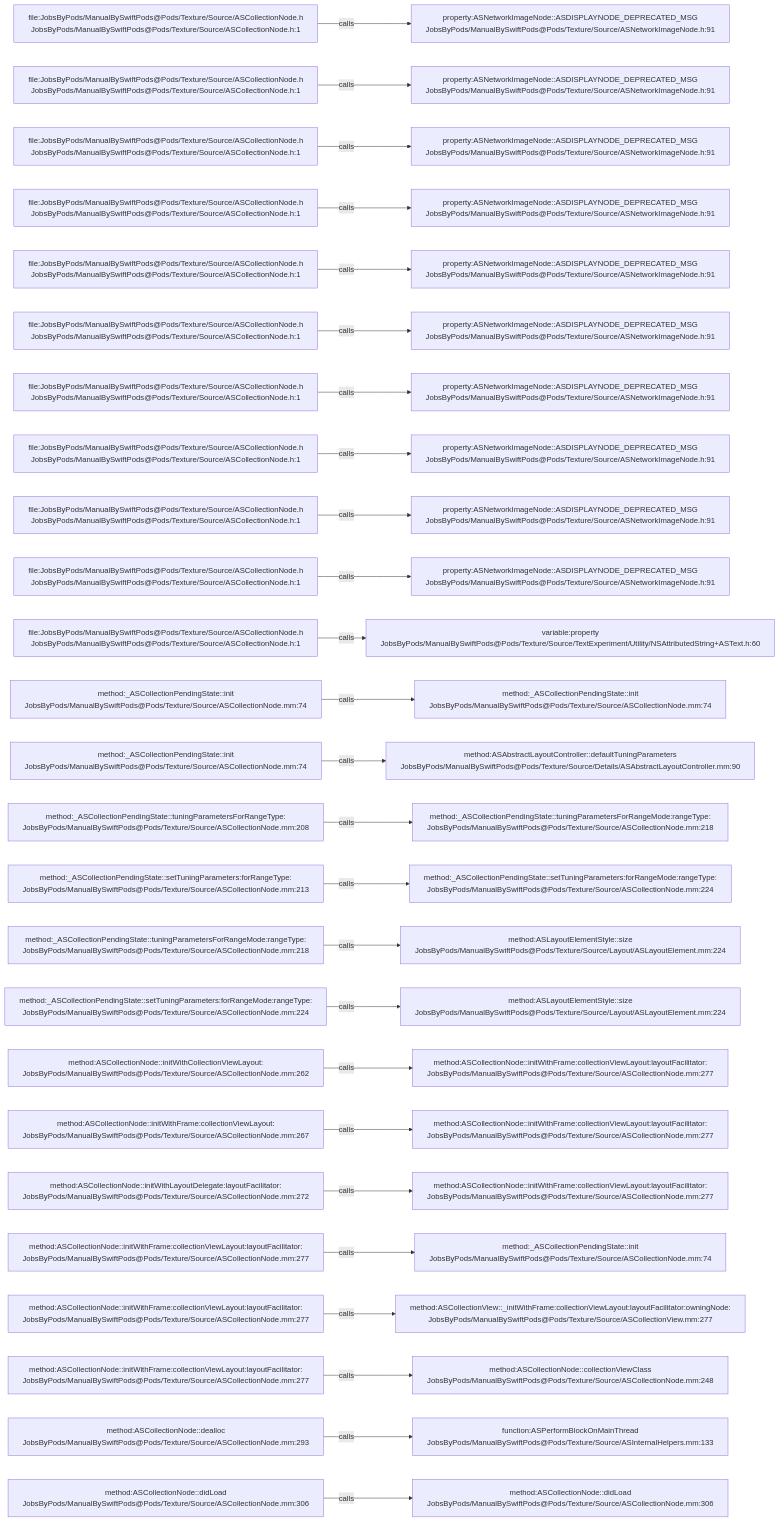
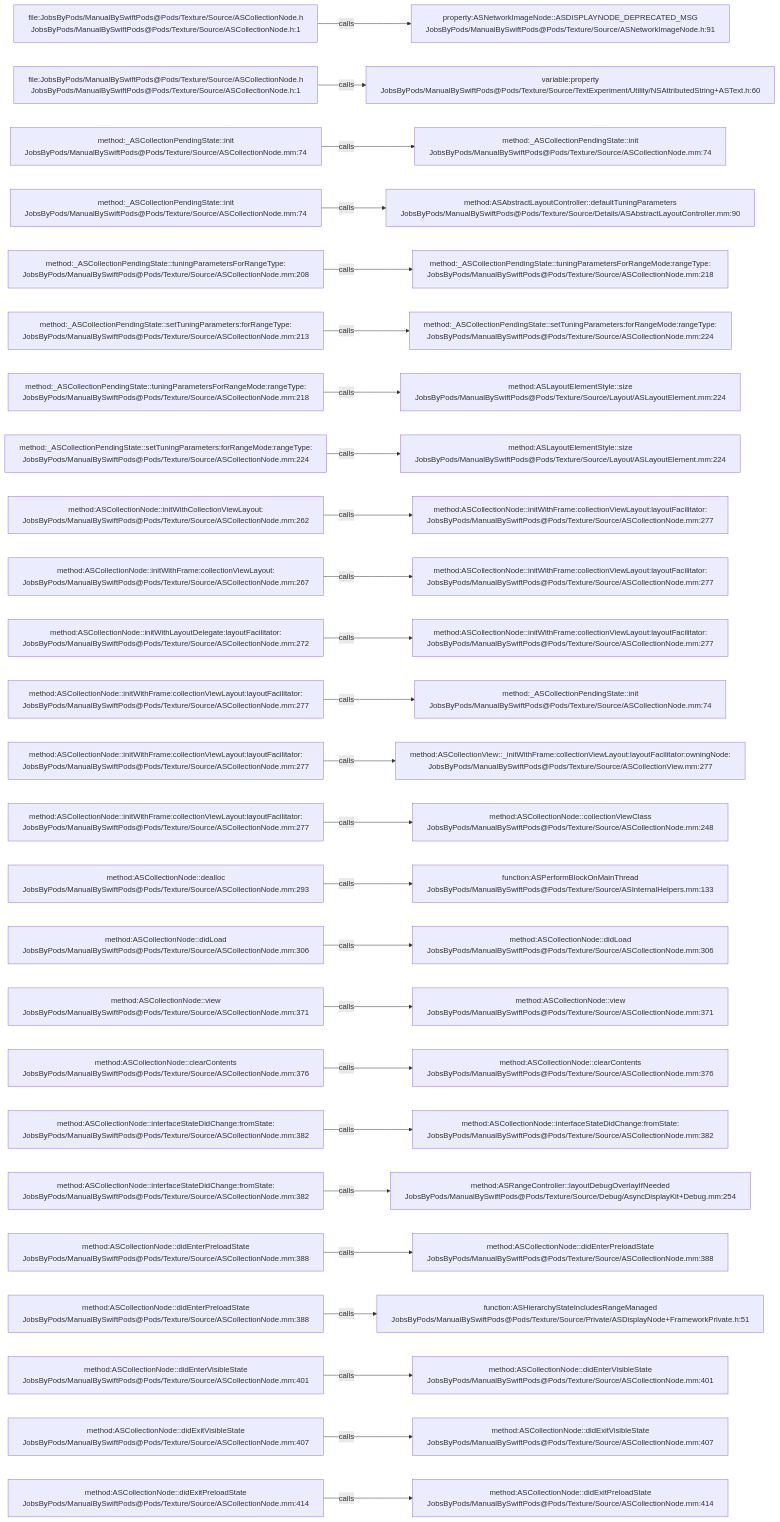
The diagram in .codegraph/codegraph.md/graphs/calls-007.md (JobsKits/JobsSwiftBaseConfigDemo), drawn with Mermaid before and after one commit. The commit also changed 707 other files, not shown here.

````diff
--- a/.codegraph/codegraph.md/graphs/calls-007.md
+++ b/.codegraph/codegraph.md/graphs/calls-007.md
@@ -13,78 +13,78 @@
 ```mermaid
 flowchart LR
   S1["file:JobsByPods/ManualBySwiftPods@Pods/Texture/Source/ASCollectionNode.h<br/>JobsByPods/ManualBySwiftPods@Pods/Texture/Source/ASCollectionNode.h:1"]
   T1["property:ASNetworkImageNode::ASDISPLAYNODE_DEPRECATED_MSG<br/>JobsByPods/ManualBySwiftPods@Pods/Texture/Source/ASNetworkImageNode.h:91"]
   S1 -->|calls| T1
   S2["file:JobsByPods/ManualBySwiftPods@Pods/Texture/Source/ASCollectionNode.h<br/>JobsByPods/ManualBySwiftPods@Pods/Texture/Source/ASCollectionNode.h:1"]
-  T2["property:ASNetworkImageNode::ASDISPLAYNODE_DEPRECATED_MSG<br/>JobsByPods/ManualBySwiftPods@Pods/Texture/Source/ASNetworkImageNode.h:91"]
+  T2["variable:property<br/>JobsByPods/ManualBySwiftPods@Pods/Texture/Source/TextExperiment/Utility/NSAttributedString+ASText.h:60"]
   S2 -->|calls| T2
-  S3["file:JobsByPods/ManualBySwiftPods@Pods/Texture/Source/ASCollectionNode.h<br/>JobsByPods/ManualBySwiftPods@Pods/Texture/Source/ASCollectionNode.h:1"]
-  T3["property:ASNetworkImageNode::ASDISPLAYNODE_DEPRECATED_MSG<br/>JobsByPods/ManualBySwiftPods@Pods/Texture/Source/ASNetworkImageNode.h:91"]
+  S3["method:_ASCollectionPendingState::init<br/>JobsByPods/ManualBySwiftPods@Pods/Texture/Source/ASCollectionNode.mm:74"]
+  T3["method:_ASCollectionPendingState::init<br/>JobsByPods/ManualBySwiftPods@Pods/Texture/Source/ASCollectionNode.mm:74"]
   S3 -->|calls| T3
-  S4["file:JobsByPods/ManualBySwiftPods@Pods/Texture/Source/ASCollectionNode.h<br/>JobsByPods/ManualBySwiftPods@Pods/Texture/Source/ASCollectionNode.h:1"]
-  T4["property:ASNetworkImageNode::ASDISPLAYNODE_DEPRECATED_MSG<br/>JobsByPods/ManualBySwiftPods@Pods/Texture/Source/ASNetworkImageNode.h:91"]
+  S4["method:_ASCollectionPendingState::init<br/>JobsByPods/ManualBySwiftPods@Pods/Texture/Source/ASCollectionNode.mm:74"]
+  T4["method:ASAbstractLayoutController::defaultTuningParameters<br/>JobsByPods/ManualBySwiftPods@Pods/Texture/Source/Details/ASAbstractLayoutController.mm:90"]
   S4 -->|calls| T4
-  S5["file:JobsByPods/ManualBySwiftPods@Pods/Texture/Source/ASCollectionNode.h<br/>JobsByPods/ManualBySwiftPods@Pods/Texture/Source/ASCollectionNode.h:1"]
-  T5["property:ASNetworkImageNode::ASDISPLAYNODE_DEPRECATED_MSG<br/>JobsByPods/ManualBySwiftPods@Pods/Texture/Source/ASNetworkImageNode.h:91"]
+  S5["method:_ASCollectionPendingState::tuningParametersForRangeType:<br/>JobsByPods/ManualBySwiftPods@Pods/Texture/Source/ASCollectionNode.mm:208"]
+  T5["method:_ASCollectionPendingState::tuningParametersForRangeMode:rangeType:<br/>JobsByPods/ManualBySwiftPods@Pods/Texture/Source/ASCollectionNode.mm:218"]
   S5 -->|calls| T5
-  S6["file:JobsByPods/ManualBySwiftPods@Pods/Texture/Source/ASCollectionNode.h<br/>JobsByPods/ManualBySwiftPods@Pods/Texture/Source/ASCollectionNode.h:1"]
-  T6["property:ASNetworkImageNode::ASDISPLAYNODE_DEPRECATED_MSG<br/>JobsByPods/ManualBySwiftPods@Pods/Texture/Source/ASNetworkImageNode.h:91"]
+  S6["method:_ASCollectionPendingState::setTuningParameters:forRangeType:<br/>JobsByPods/ManualBySwiftPods@Pods/Texture/Source/ASCollectionNode.mm:213"]
+  T6["method:_ASCollectionPendingState::setTuningParameters:forRangeMode:rangeType:<br/>JobsByPods/ManualBySwiftPods@Pods/Texture/Source/ASCollectionNode.mm:224"]
   S6 -->|calls| T6
-  S7["file:JobsByPods/ManualBySwiftPods@Pods/Texture/Source/ASCollectionNode.h<br/>JobsByPods/ManualBySwiftPods@Pods/Texture/Source/ASCollectionNode.h:1"]
-  T7["property:ASNetworkImageNode::ASDISPLAYNODE_DEPRECATED_MSG<br/>JobsByPods/ManualBySwiftPods@Pods/Texture/Source/ASNetworkImageNode.h:91"]
+  S7["method:_ASCollectionPendingState::tuningParametersForRangeMode:rangeType:<br/>JobsByPods/ManualBySwiftPods@Pods/Texture/Source/ASCollectionNode.mm:218"]
+  T7["method:ASLayoutElementStyle::size<br/>JobsByPods/ManualBySwiftPods@Pods/Texture/Source/Layout/ASLayoutElement.mm:224"]
   S7 -->|calls| T7
-  S8["file:JobsByPods/ManualBySwiftPods@Pods/Texture/Source/ASCollectionNode.h<br/>JobsByPods/ManualBySwiftPods@Pods/Texture/Source/ASCollectionNode.h:1"]
-  T8["property:ASNetworkImageNode::ASDISPLAYNODE_DEPRECATED_MSG<br/>JobsByPods/ManualBySwiftPods@Pods/Texture/Source/ASNetworkImageNode.h:91"]
+  S8["method:_ASCollectionPendingState::setTuningParameters:forRangeMode:rangeType:<br/>JobsByPods/ManualBySwiftPods@Pods/Texture/Source/ASCollectionNode.mm:224"]
+  T8["method:ASLayoutElementStyle::size<br/>JobsByPods/ManualBySwiftPods@Pods/Texture/Source/Layout/ASLayoutElement.mm:224"]
   S8 -->|calls| T8
-  S9["file:JobsByPods/ManualBySwiftPods@Pods/Texture/Source/ASCollectionNode.h<br/>JobsByPods/ManualBySwiftPods@Pods/Texture/Source/ASCollectionNode.h:1"]
-  T9["property:ASNetworkImageNode::ASDISPLAYNODE_DEPRECATED_MSG<br/>JobsByPods/ManualBySwiftPods@Pods/Texture/Source/ASNetworkImageNode.h:91"]
+  S9["method:ASCollectionNode::initWithCollectionViewLayout:<br/>JobsByPods/ManualBySwiftPods@Pods/Texture/Source/ASCollectionNode.mm:262"]
+  T9["method:ASCollectionNode::initWithFrame:collectionViewLayout:layoutFacilitator:<br/>JobsByPods/ManualBySwiftPods@Pods/Texture/Source/ASCollectionNode.mm:277"]
   S9 -->|calls| T9
-  S10["file:JobsByPods/ManualBySwiftPods@Pods/Texture/Source/ASCollectionNode.h<br/>JobsByPods/ManualBySwiftPods@Pods/Texture/Source/ASCollectionNode.h:1"]
-  T10["property:ASNetworkImageNode::ASDISPLAYNODE_DEPRECATED_MSG<br/>JobsByPods/ManualBySwiftPods@Pods/Texture/Source/ASNetworkImageNode.h:91"]
+  S10["method:ASCollectionNode::initWithFrame:collectionViewLayout:<br/>JobsByPods/ManualBySwiftPods@Pods/Texture/Source/ASCollectionNode.mm:267"]
+  T10["method:ASCollectionNode::initWithFrame:collectionViewLayout:layoutFacilitator:<br/>JobsByPods/ManualBySwiftPods@Pods/Texture/Source/ASCollectionNode.mm:277"]
   S10 -->|calls| T10
-  S11["file:JobsByPods/ManualBySwiftPods@Pods/Texture/Source/ASCollectionNode.h<br/>JobsByPods/ManualBySwiftPods@Pods/Texture/Source/ASCollectionNode.h:1"]
-  T11["variable:property<br/>JobsByPods/ManualBySwiftPods@Pods/Texture/Source/TextExperiment/Utility/NSAttributedString+ASText.h:60"]
+  S11["method:ASCollectionNode::initWithLayoutDelegate:layoutFacilitator:<br/>JobsByPods/ManualBySwiftPods@Pods/Texture/Source/ASCollectionNode.mm:272"]
+  T11["method:ASCollectionNode::initWithFrame:collectionViewLayout:layoutFacilitator:<br/>JobsByPods/ManualBySwiftPods@Pods/Texture/Source/ASCollectionNode.mm:277"]
   S11 -->|calls| T11
-  S12["method:_ASCollectionPendingState::init<br/>JobsByPods/ManualBySwiftPods@Pods/Texture/Source/ASCollectionNode.mm:74"]
+  S12["method:ASCollectionNode::initWithFrame:collectionViewLayout:layoutFacilitator:<br/>JobsByPods/ManualBySwiftPods@Pods/Texture/Source/ASCollectionNode.mm:277"]
   T12["method:_ASCollectionPendingState::init<br/>JobsByPods/ManualBySwiftPods@Pods/Texture/Source/ASCollectionNode.mm:74"]
   S12 -->|calls| T12
-  S13["method:_ASCollectionPendingState::init<br/>JobsByPods/ManualBySwiftPods@Pods/Texture/Source/ASCollectionNode.mm:74"]
-  T13["method:ASAbstractLayoutController::defaultTuningParameters<br/>JobsByPods/ManualBySwiftPods@Pods/Texture/Source/Details/ASAbstractLayoutController.mm:90"]
+  S13["method:ASCollectionNode::initWithFrame:collectionViewLayout:layoutFacilitator:<br/>JobsByPods/ManualBySwiftPods@Pods/Texture/Source/ASCollectionNode.mm:277"]
+  T13["method:ASCollectionView::_initWithFrame:collectionViewLayout:layoutFacilitator:owningNode:<br/>JobsByPods/ManualBySwiftPods@Pods/Texture/Source/ASCollectionView.mm:277"]
   S13 -->|calls| T13
-  S14["method:_ASCollectionPendingState::tuningParametersForRangeType:<br/>JobsByPods/ManualBySwiftPods@Pods/Texture/Source/ASCollectionNode.mm:208"]
-  T14["method:_ASCollectionPendingState::tuningParametersForRangeMode:rangeType:<br/>JobsByPods/ManualBySwiftPods@Pods/Texture/Source/ASCollectionNode.mm:218"]
+  S14["method:ASCollectionNode::initWithFrame:collectionViewLayout:layoutFacilitator:<br/>JobsByPods/ManualBySwiftPods@Pods/Texture/Source/ASCollectionNode.mm:277"]
+  T14["method:ASCollectionNode::collectionViewClass<br/>JobsByPods/ManualBySwiftPods@Pods/Texture/Source/ASCollectionNode.mm:248"]
   S14 -->|calls| T14
-  S15["method:_ASCollectionPendingState::setTuningParameters:forRangeType:<br/>JobsByPods/ManualBySwiftPods@Pods/Texture/Source/ASCollectionNode.mm:213"]
-  T15["method:_ASCollectionPendingState::setTuningParameters:forRangeMode:rangeType:<br/>JobsByPods/ManualBySwiftPods@Pods/Texture/Source/ASCollectionNode.mm:224"]
+  S15["method:ASCollectionNode::dealloc<br/>JobsByPods/ManualBySwiftPods@Pods/Texture/Source/ASCollectionNode.mm:293"]
+  T15["function:ASPerformBlockOnMainThread<br/>JobsByPods/ManualBySwiftPods@Pods/Texture/Source/ASInternalHelpers.mm:133"]
   S15 -->|calls| T15
-  S16["method:_ASCollectionPendingState::tuningParametersForRangeMode:rangeType:<br/>JobsByPods/ManualBySwiftPods@Pods/Texture/Source/ASCollectionNode.mm:218"]
-  T16["method:ASLayoutElementStyle::size<br/>JobsByPods/ManualBySwiftPods@Pods/Texture/Source/Layout/ASLayoutElement.mm:224"]
+  S16["method:ASCollectionNode::didLoad<br/>JobsByPods/ManualBySwiftPods@Pods/Texture/Source/ASCollectionNode.mm:306"]
+  T16["method:ASCollectionNode::didLoad<br/>JobsByPods/ManualBySwiftPods@Pods/Texture/Source/ASCollectionNode.mm:306"]
   S16 -->|calls| T16
-  S17["method:_ASCollectionPendingState::setTuningParameters:forRangeMode:rangeType:<br/>JobsByPods/ManualBySwiftPods@Pods/Texture/Source/ASCollectionNode.mm:224"]
-  T17["method:ASLayoutElementStyle::size<br/>JobsByPods/ManualBySwiftPods@Pods/Texture/Source/Layout/ASLayoutElement.mm:224"]
+  S17["method:ASCollectionNode::view<br/>JobsByPods/ManualBySwiftPods@Pods/Texture/Source/ASCollectionNode.mm:371"]
+  T17["method:ASCollectionNode::view<br/>JobsByPods/ManualBySwiftPods@Pods/Texture/Source/ASCollectionNode.mm:371"]
   S17 -->|calls| T17
-  S18["method:ASCollectionNode::initWithCollectionViewLayout:<br/>JobsByPods/ManualBySwiftPods@Pods/Texture/Source/ASCollectionNode.mm:262"]
-  T18["method:ASCollectionNode::initWithFrame:collectionViewLayout:layoutFacilitator:<br/>JobsByPods/ManualBySwiftPods@Pods/Texture/Source/ASCollectionNode.mm:277"]
+  S18["method:ASCollectionNode::clearContents<br/>JobsByPods/ManualBySwiftPods@Pods/Texture/Source/ASCollectionNode.mm:376"]
+  T18["method:ASCollectionNode::clearContents<br/>JobsByPods/ManualBySwiftPods@Pods/Texture/Source/ASCollectionNode.mm:376"]
   S18 -->|calls| T18
-  S19["method:ASCollectionNode::initWithFrame:collectionViewLayout:<br/>JobsByPods/ManualBySwiftPods@Pods/Texture/Source/ASCollectionNode.mm:267"]
-  T19["method:ASCollectionNode::initWithFrame:collectionViewLayout:layoutFacilitator:<br/>JobsByPods/ManualBySwiftPods@Pods/Texture/Source/ASCollectionNode.mm:277"]
+  S19["method:ASCollectionNode::interfaceStateDidChange:fromState:<br/>JobsByPods/ManualBySwiftPods@Pods/Texture/Source/ASCollectionNode.mm:382"]
+  T19["method:ASCollectionNode::interfaceStateDidChange:fromState:<br/>JobsByPods/ManualBySwiftPods@Pods/Texture/Source/ASCollectionNode.mm:382"]
   S19 -->|calls| T19
-  S20["method:ASCollectionNode::initWithLayoutDelegate:layoutFacilitator:<br/>JobsByPods/ManualBySwiftPods@Pods/Texture/Source/ASCollectionNode.mm:272"]
-  T20["method:ASCollectionNode::initWithFrame:collectionViewLayout:layoutFacilitator:<br/>JobsByPods/ManualBySwiftPods@Pods/Texture/Source/ASCollectionNode.mm:277"]
+  S20["method:ASCollectionNode::interfaceStateDidChange:fromState:<br/>JobsByPods/ManualBySwiftPods@Pods/Texture/Source/ASCollectionNode.mm:382"]
+  T20["method:ASRangeController::layoutDebugOverlayIfNeeded<br/>JobsByPods/ManualBySwiftPods@Pods/Texture/Source/Debug/AsyncDisplayKit+Debug.mm:254"]
   S20 -->|calls| T20
-  S21["method:ASCollectionNode::initWithFrame:collectionViewLayout:layoutFacilitator:<br/>JobsByPods/ManualBySwiftPods@Pods/Texture/Source/ASCollectionNode.mm:277"]
-  T21["method:_ASCollectionPendingState::init<br/>JobsByPods/ManualBySwiftPods@Pods/Texture/Source/ASCollectionNode.mm:74"]
+  S21["method:ASCollectionNode::didEnterPreloadState<br/>JobsByPods/ManualBySwiftPods@Pods/Texture/Source/ASCollectionNode.mm:388"]
+  T21["method:ASCollectionNode::didEnterPreloadState<br/>JobsByPods/ManualBySwiftPods@Pods/Texture/Source/ASCollectionNode.mm:388"]
   S21 -->|calls| T21
-  S22["method:ASCollectionNode::initWithFrame:collectionViewLayout:layoutFacilitator:<br/>JobsByPods/ManualBySwiftPods@Pods/Texture/Source/ASCollectionNode.mm:277"]
-  T22["method:ASCollectionView::_initWithFrame:collectionViewLayout:layoutFacilitator:owningNode:<br/>JobsByPods/ManualBySwiftPods@Pods/Texture/Source/ASCollectionView.mm:277"]
+  S22["method:ASCollectionNode::didEnterPreloadState<br/>JobsByPods/ManualBySwiftPods@Pods/Texture/Source/ASCollectionNode.mm:388"]
+  T22["function:ASHierarchyStateIncludesRangeManaged<br/>JobsByPods/ManualBySwiftPods@Pods/Texture/Source/Private/ASDisplayNode+FrameworkPrivate.h:51"]
   S22 -->|calls| T22
-  S23["method:ASCollectionNode::initWithFrame:collectionViewLayout:layoutFacilitator:<br/>JobsByPods/ManualBySwiftPods@Pods/Texture/Source/ASCollectionNode.mm:277"]
-  T23["method:ASCollectionNode::collectionViewClass<br/>JobsByPods/ManualBySwiftPods@Pods/Texture/Source/ASCollectionNode.mm:248"]
+  S23["method:ASCollectionNode::didEnterVisibleState<br/>JobsByPods/ManualBySwiftPods@Pods/Texture/Source/ASCollectionNode.mm:401"]
+  T23["method:ASCollectionNode::didEnterVisibleState<br/>JobsByPods/ManualBySwiftPods@Pods/Texture/Source/ASCollectionNode.mm:401"]
   S23 -->|calls| T23
-  S24["method:ASCollectionNode::dealloc<br/>JobsByPods/ManualBySwiftPods@Pods/Texture/Source/ASCollectionNode.mm:293"]
-  T24["function:ASPerformBlockOnMainThread<br/>JobsByPods/ManualBySwiftPods@Pods/Texture/Source/ASInternalHelpers.mm:133"]
+  S24["method:ASCollectionNode::didExitVisibleState<br/>JobsByPods/ManualBySwiftPods@Pods/Texture/Source/ASCollectionNode.mm:407"]
+  T24["method:ASCollectionNode::didExitVisibleState<br/>JobsByPods/ManualBySwiftPods@Pods/Texture/Source/ASCollectionNode.mm:407"]
   S24 -->|calls| T24
-  S25["method:ASCollectionNode::didLoad<br/>JobsByPods/ManualBySwiftPods@Pods/Texture/Source/ASCollectionNode.mm:306"]
-  T25["method:ASCollectionNode::didLoad<br/>JobsByPods/ManualBySwiftPods@Pods/Texture/Source/ASCollectionNode.mm:306"]
+  S25["method:ASCollectionNode::didExitPreloadState<br/>JobsByPods/ManualBySwiftPods@Pods/Texture/Source/ASCollectionNode.mm:414"]
+  T25["method:ASCollectionNode::didExitPreloadState<br/>JobsByPods/ManualBySwiftPods@Pods/Texture/Source/ASCollectionNode.mm:414"]
   S25 -->|calls| T25
 ```
````
